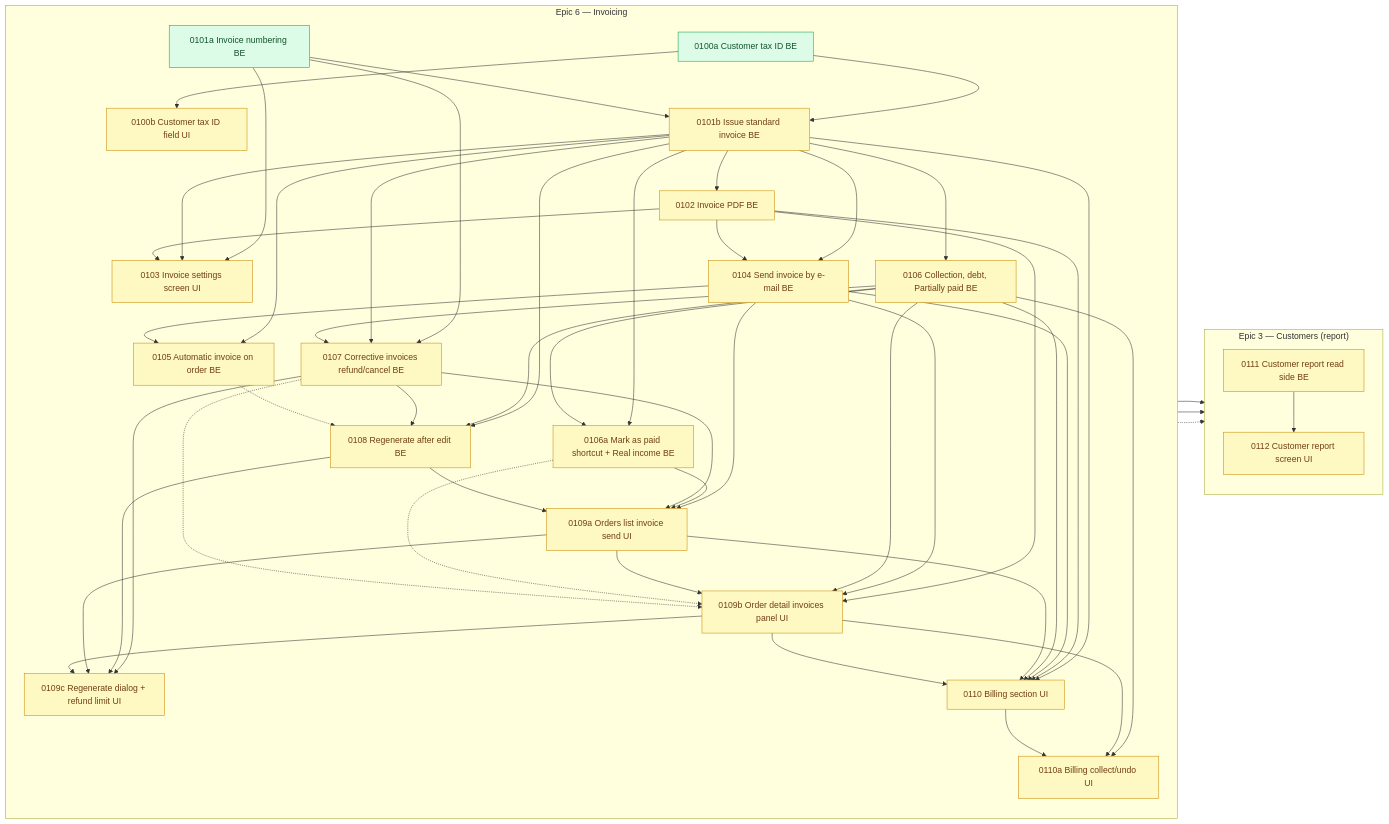
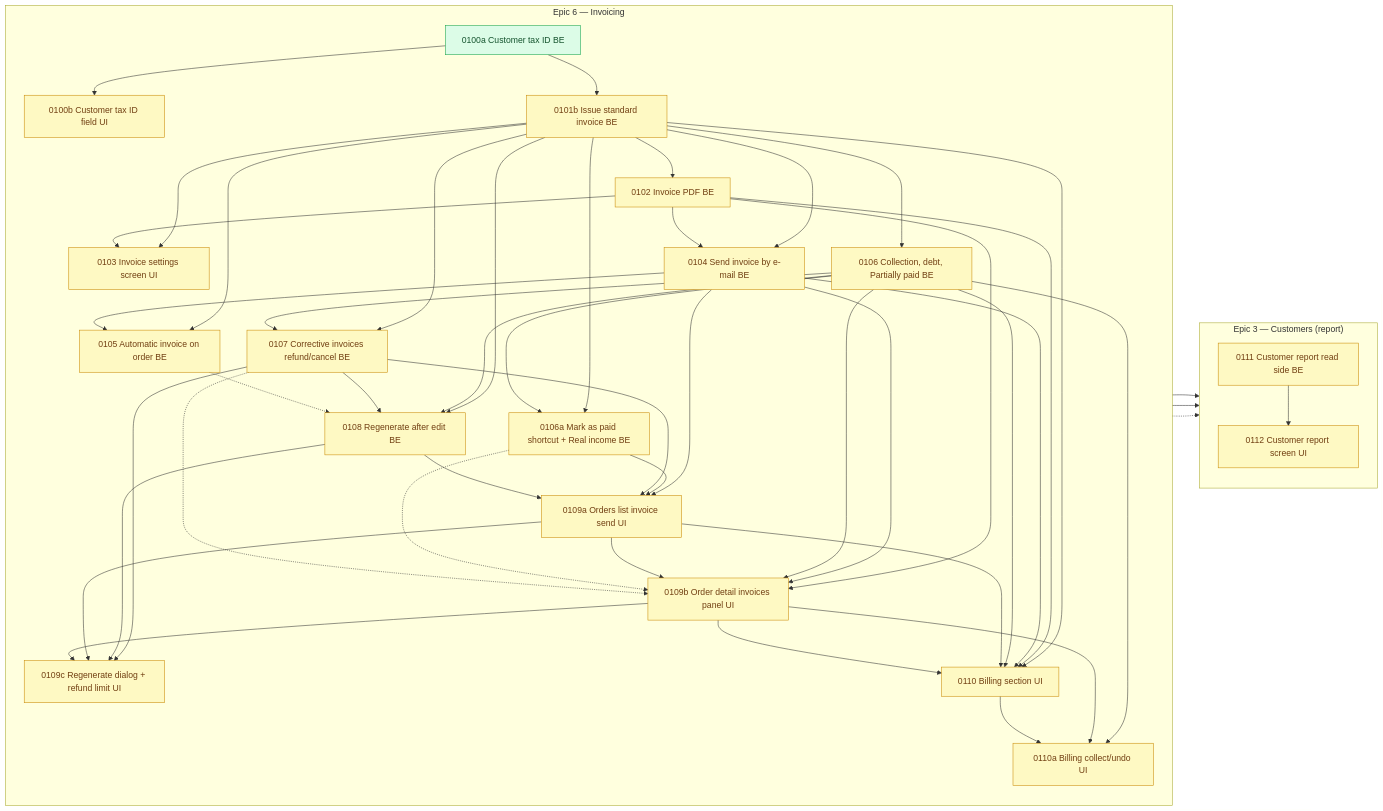
The diagram in arospe/ai-spec/tasks-map.md (shojen/AI4Devs-finalproject), drawn with Mermaid before and after one commit. The commit also changed other lines of this file and 8 other files, not shown here.

````diff
--- a/arospe/ai-spec/tasks-map.md
+++ b/arospe/ai-spec/tasks-map.md
@@ -748,7 +751,6 @@
         direction TB
         P0100a["0100a Customer tax ID BE"]
         P0100b["0100b Customer tax ID field UI"]
-        P0101a["0101a Invoice numbering BE"]
         P0101b["0101b Issue standard invoice BE"]
         P0102["0102 Invoice PDF BE"]
         P0103["0103 Invoice settings screen UI"]
@@ -772,9 +774,7 @@
     %% Edges quoted from each task file (2026-11-15). Solid = hard dependency.
     P0100a --> P0100b
     P0100a --> P0101b
-    P0101a --> P0101b
     P0101b --> P0102
-    P0101a --> P0103
     P0101b --> P0103
     P0102 --> P0103
     P0101b --> P0104
@@ -784,7 +784,6 @@
     P0101b --> P0106
     P0101b --> P0106a
     P0106 --> P0106a
-    P0101a --> P0107
     P0101b --> P0107
     P0106 --> P0107
     P0101b --> P0108
@@ -820,6 +819,6 @@
     P0106a -.-> P0109b
     P0107 -.-> P0109b
     %% Shared-file risk with the stock dialogs (no dependency): see the update note at the top.
-    class P0100a,P0101a ready;
+    class P0100a ready;
     class P0100b,P0101b,P0102,P0103,P0104,P0105,P0106,P0106a,P0107,P0108,P0109a,P0109b,P0109c,P0110,P0110a,P0111,P0112 pending;
 ```
````
